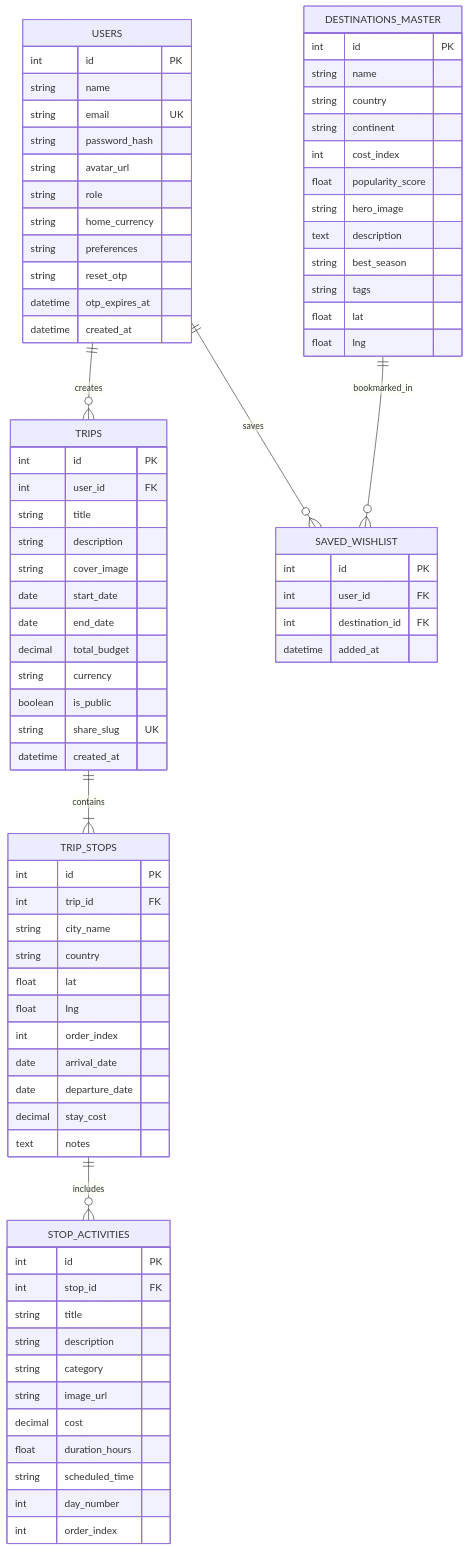
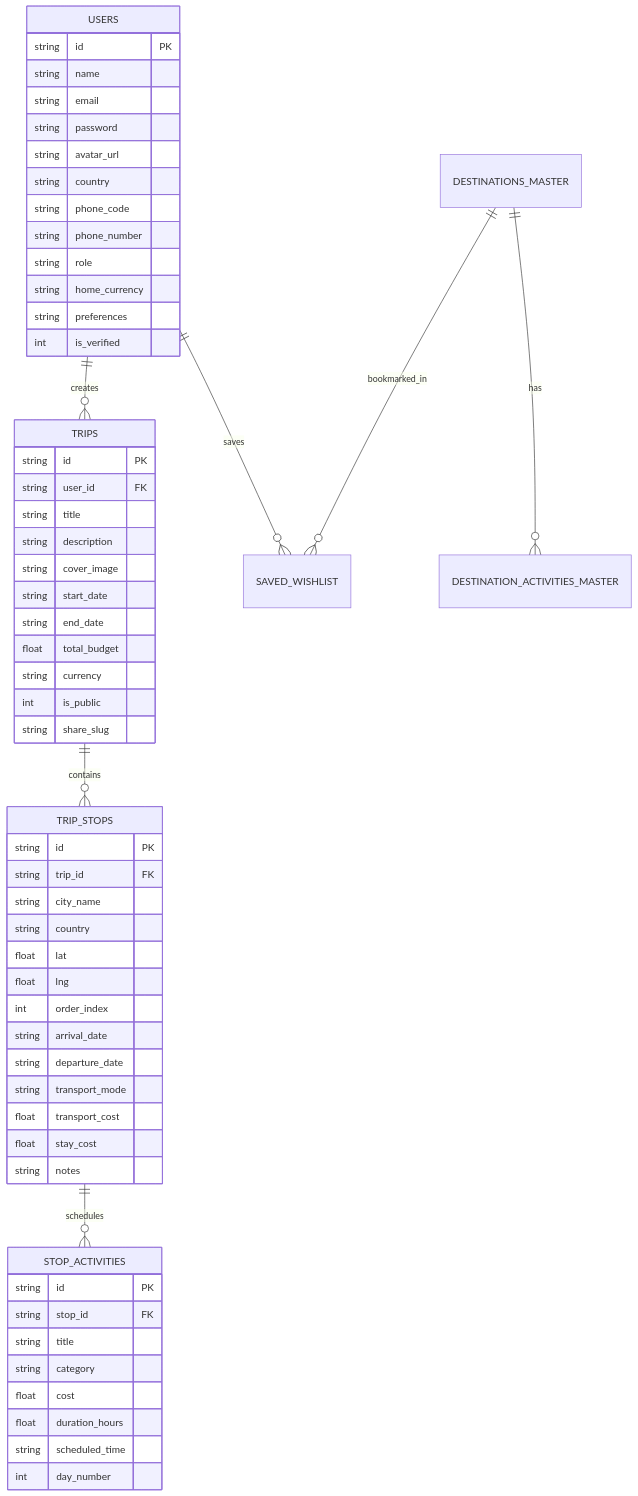
One commit to anandK-S/GlobeTrotter changed the diagram in README.md. Above: the diagram before and after it, drawn with Mermaid. The commit also changed other lines of this file and 66 other files, not shown here.

Commit message:
feat: complete GlobeTrotter travel platform with 13 screens, Supabase, JWT auth, Brevo OTP, Leaflet maps, and Chart.js analytics

````diff
--- a/README.md
+++ b/README.md
@@ -98,86 +72,64 @@
 erDiagram
     USERS ||--o{ TRIPS : creates
     USERS ||--o{ SAVED_WISHLIST : saves
-    TRIPS ||--|{ TRIP_STOPS : contains
-    TRIP_STOPS ||--o{ STOP_ACTIVITIES : includes
+    TRIPS ||--o{ TRIP_STOPS : contains
+    TRIP_STOPS ||--o{ STOP_ACTIVITIES : schedules
+    DESTINATIONS_MASTER ||--o{ DESTINATION_ACTIVITIES_MASTER : has
     DESTINATIONS_MASTER ||--o{ SAVED_WISHLIST : bookmarked_in
 
     USERS {
-        int id PK
+        string id PK
         string name
-        string email UK
-        string password_hash
+        string email
+        string password
         string avatar_url
+        string country
+        string phone_code
+        string phone_number
         string role
         string home_currency
         string preferences
-        string reset_otp
-        datetime otp_expires_at
-        datetime created_at
+        int is_verified
     }
 
     TRIPS {
-        int id PK
-        int user_id FK
+        string id PK
+        string user_id FK
         string title
         string description
         string cover_image
-        date start_date
-        date end_date
-        decimal total_budget
+        string start_date
+        string end_date
+        float total_budget
         string currency
-        boolean is_public
-        string share_slug UK
-        datetime created_at
+        int is_public
+        string share_slug
     }
 
     TRIP_STOPS {
-        int id PK
-        int trip_id FK
+        string id PK
+        string trip_id FK
         string city_name
         string country
         float lat
         float lng
         int order_index
-        date arrival_date
-        date departure_date
-        decimal stay_cost
-        text notes
+        string arrival_date
+        string departure_date
+        string transport_mode
+        float transport_cost
+        float stay_cost
+        string notes
     }
 
     STOP_ACTIVITIES {
-        int id PK
-        int stop_id FK
+        string id PK
+        string stop_id FK
         string title
-        string description
         string category
-        string image_url
-        decimal cost
+        float cost
         float duration_hours
         string scheduled_time
         int day_number
-        int order_index
-    }
-
-    DESTINATIONS_MASTER {
-        int id PK
-        string name
-        string country
-        string continent
-        int cost_index
-        float popularity_score
-        string hero_image
-        text description
-        string best_season
-        string tags
-        float lat
-        float lng
-    }
-
-    SAVED_WISHLIST {
-        int id PK
-        int user_id FK
-        int destination_id FK
-        datetime added_at
     }
 ```
````
